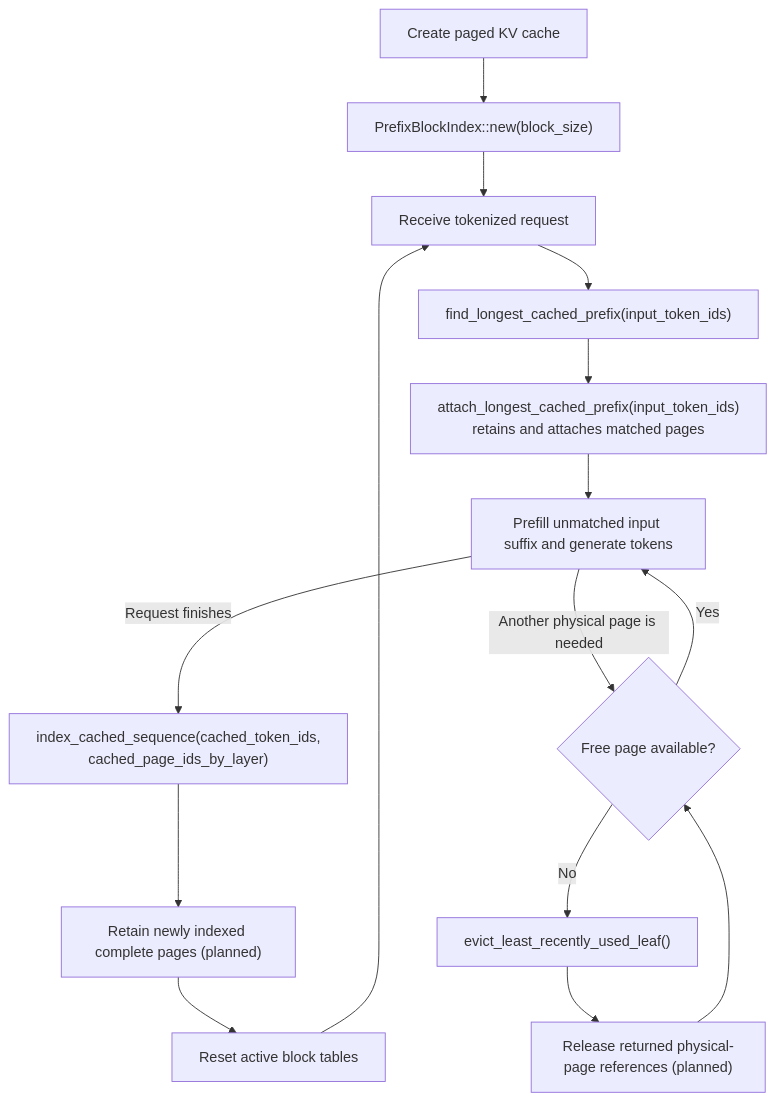
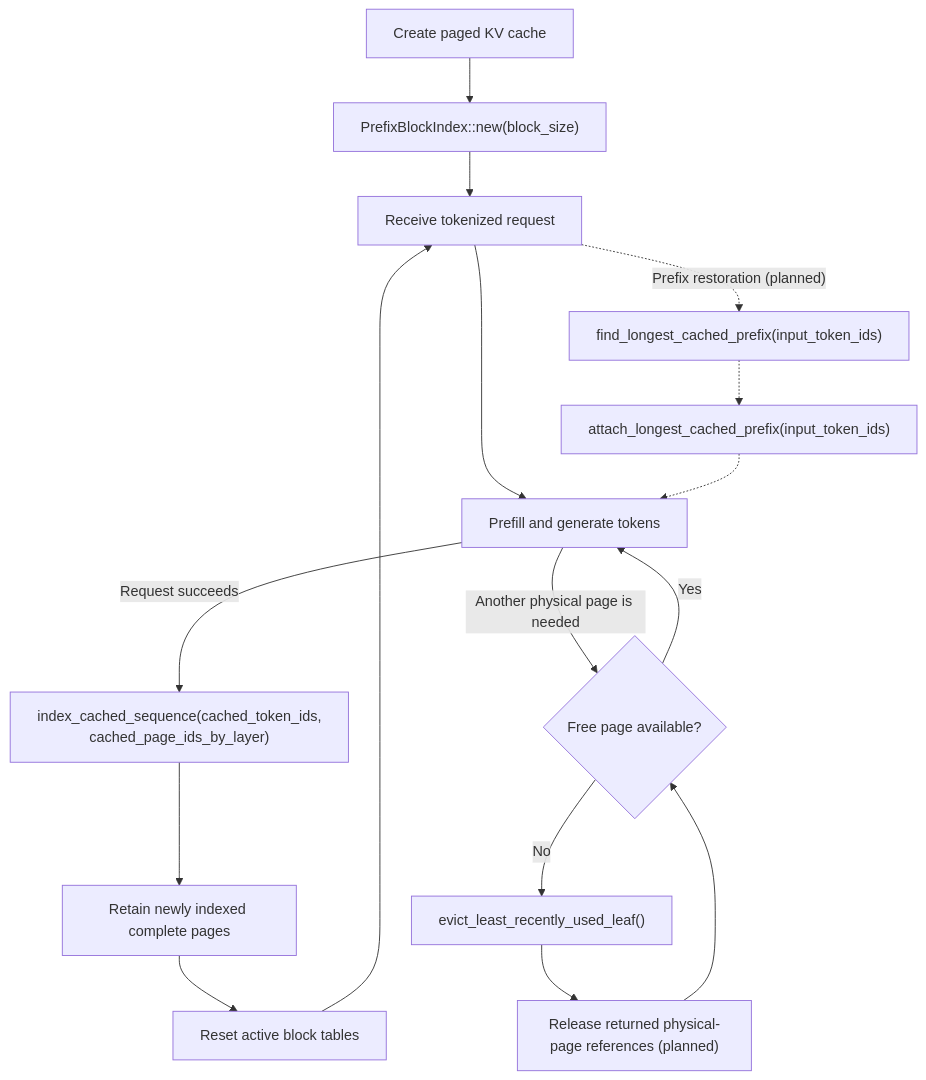
The diagram in src/model_runner/server/kv_cache/README.md (lun0522/mini-vllm-rs), drawn with Mermaid before and after one commit. The commit also changed other lines of this file and 6 other files, not shown here.

````diff
--- a/src/model_runner/server/kv_cache/README.md
+++ b/src/model_runner/server/kv_cache/README.md
@@ -29,17 +29,18 @@
 ```mermaid
 flowchart TD
     Start[Create paged KV cache] --> New["PrefixBlockIndex::new(block_size)"]
     New --> Request[Receive tokenized request]
-    Request --> Find["find_longest_cached_prefix(input_token_ids)"]
-    Find --> Attach["attach_longest_cached_prefix(input_token_ids)<br/>retains and attaches matched pages"]
-    Attach --> Work[Prefill unmatched input suffix and generate tokens]
-    Work -->|Request finishes| Index["index_cached_sequence(cached_token_ids,<br/>cached_page_ids_by_layer)"]
+    Request --> Work[Prefill and generate tokens]
+    Request -. "Prefix restoration (planned)" .-> Find["find_longest_cached_prefix(input_token_ids)"]
+    Find -.-> Attach["attach_longest_cached_prefix(input_token_ids)"]
+    Attach -.-> Work
+    Work -->|Request succeeds| Index["index_cached_sequence(cached_token_ids,<br/>cached_page_ids_by_layer)"]
     Work -->|Another physical page is needed| Available{Free page available?}
     Available -->|Yes| Work
     Available -->|No| Evict["evict_least_recently_used_leaf()"]
     Evict --> Release["Release returned physical-page references (planned)"]
     Release --> Available
-    Index --> Retain["Retain newly indexed complete pages (planned)"]
+    Index --> Retain[Retain newly indexed complete pages]
     Retain --> Reset[Reset active block tables]
     Reset --> Request
 ```
````
